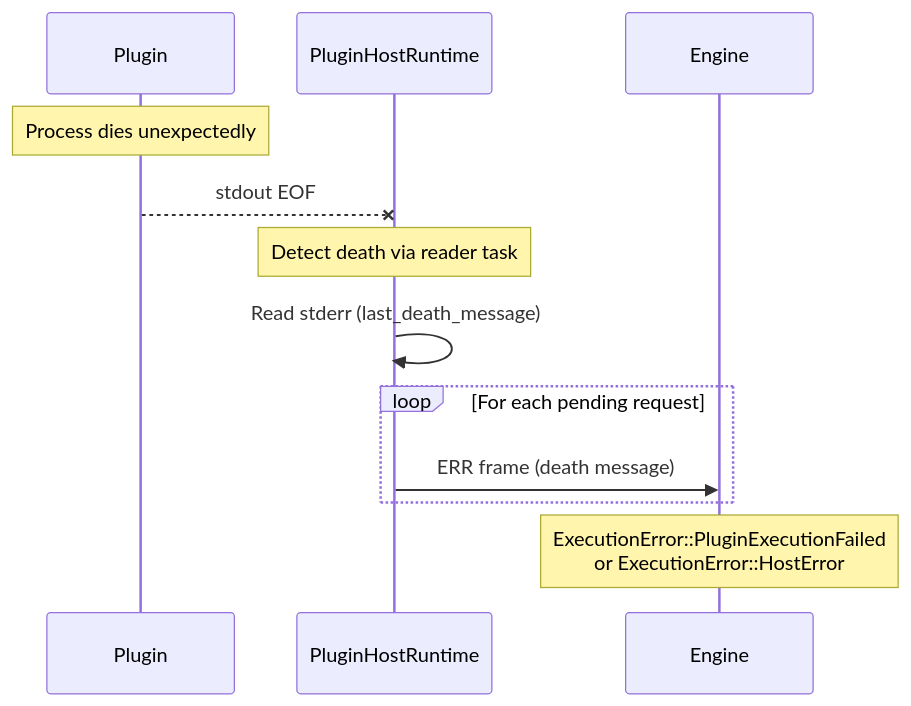
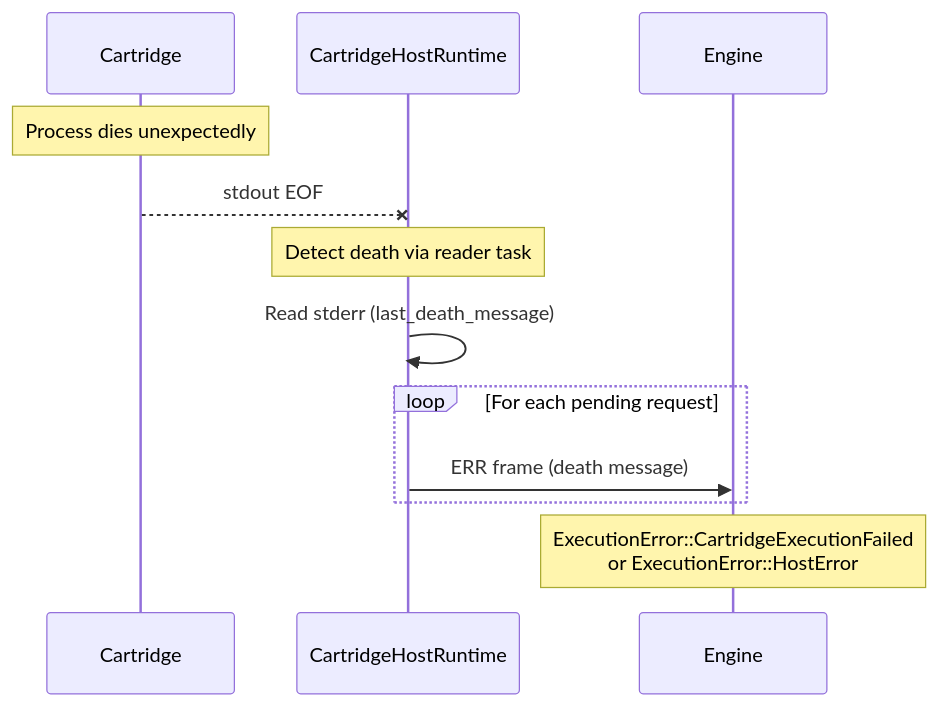
Before and after one commit to machinefabric/capns: the third of 3 diagrams in docs/17.2-ERROR-HANDLING.md, drawn with Mermaid. The commit also changed other lines of this file and 53 other files, not shown here.

````diff
--- a/docs/17.2-ERROR-HANDLING.md
+++ b/docs/17.2-ERROR-HANDLING.md
@@ -131,15 +131,15 @@
 ```mermaid
 sequenceDiagram
-    participant P as Plugin
-    participant PH as PluginHostRuntime
+    participant P as Cartridge
+    participant PH as CartridgeHostRuntime
     participant E as Engine
 
     Note over P: Process dies unexpectedly
     P--xPH: stdout EOF
     Note over PH: Detect death via reader task
     PH->>PH: Read stderr (last_death_message)
     loop For each pending request
         PH->>E: ERR frame (death message)
     end
-    Note over E: ExecutionError::PluginExecutionFailed<br/>or ExecutionError::HostError
+    Note over E: ExecutionError::CartridgeExecutionFailed<br/>or ExecutionError::HostError
 ```
````
